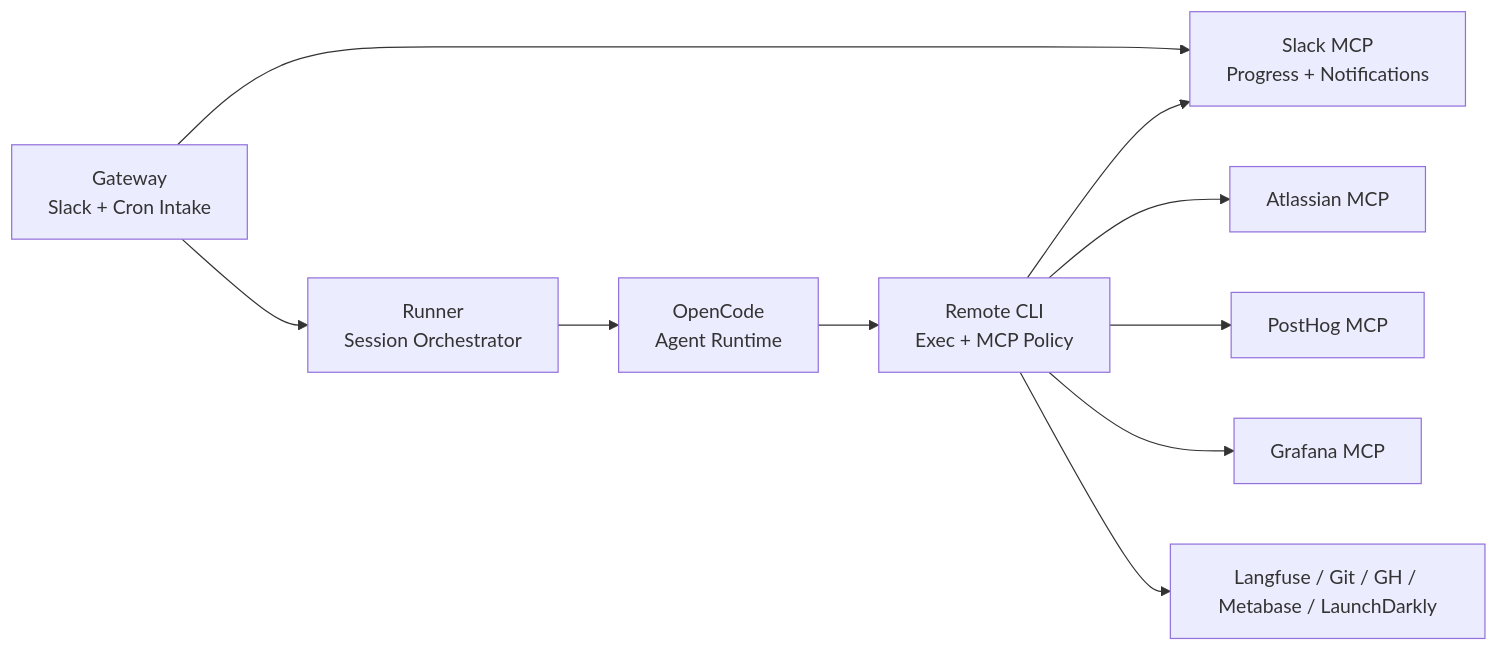
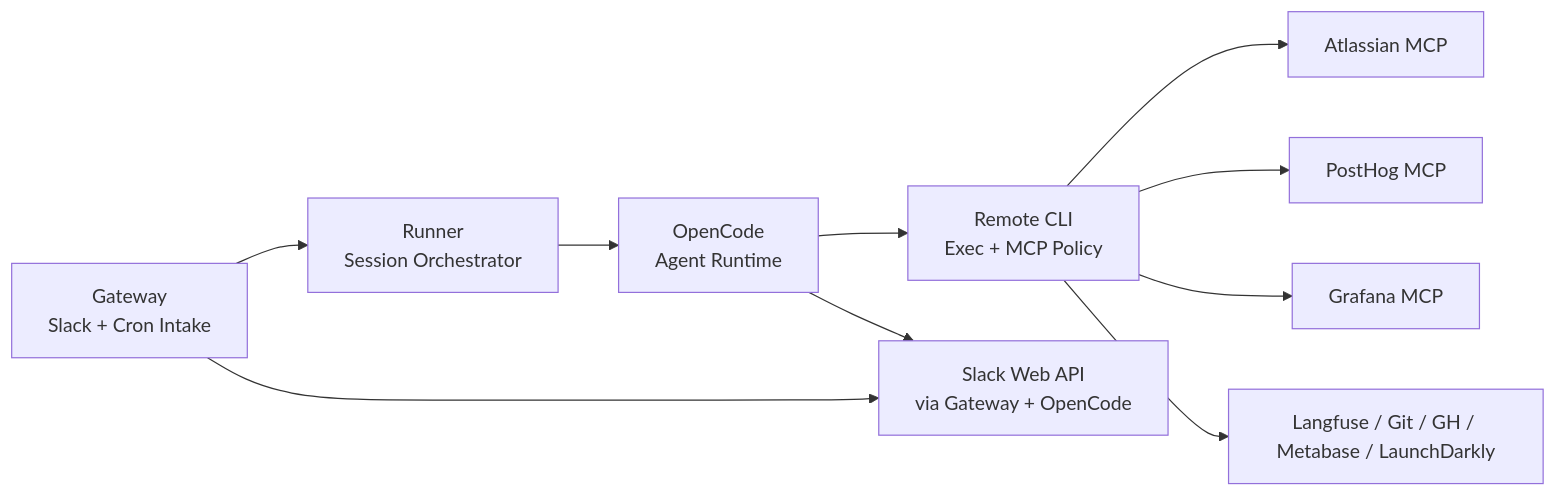
One commit to scoutqa-dot-ai/thor changed the diagram in docs/feat/mvp.md. Above: the diagram before and after it, drawn with Mermaid. The commit also changed other lines of this file and 35 other files, not shown here.

First line of the commit message:
refactor: remove slack-mcp service (#6)

````diff
--- a/docs/feat/mvp.md
+++ b/docs/feat/mvp.md
@@ -7,24 +7,24 @@
 ```mermaid
 flowchart LR
 
     A[OpenCode<br/>Agent Runtime]
     B[Runner<br/>Session Orchestrator]
     C[Gateway<br/>Slack + Cron Intake]
     D[Remote CLI<br/>Exec + MCP Policy]
-    E[Slack MCP<br/>Progress + Notifications]
 
     F[Atlassian MCP]
     G[PostHog MCP]
     H[Grafana MCP]
     I[Langfuse / Git / GH / Metabase / LaunchDarkly]
+    J[Slack Web API<br/>via Gateway + OpenCode]
 
     C --> B
     B --> A
     A --> D
-    C --> E
-    D --> E
+    C --> J
+    A --> J
     D --> F
     D --> G
     D --> H
     D --> I
 ```
````
